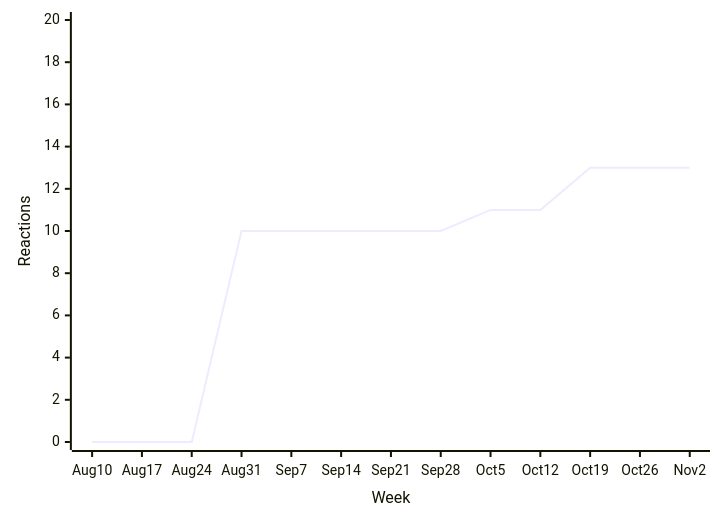
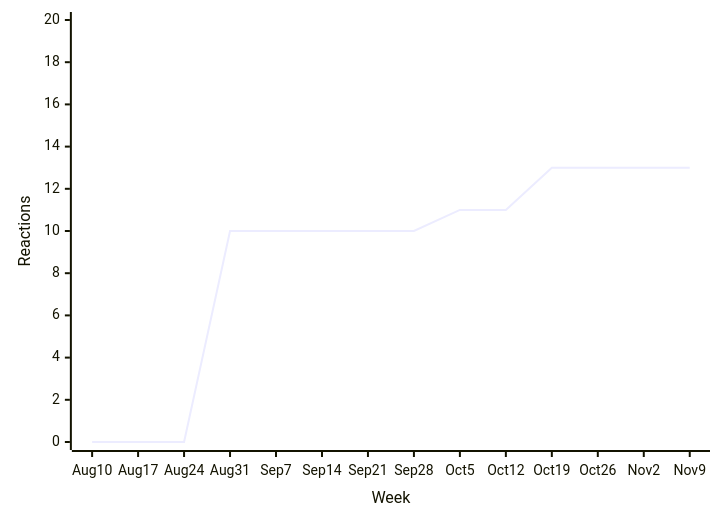
Diagram 12 of 38 in README.md (loic-sharma/github-insights), drawn with Mermaid before and after one commit. The commit also changed other lines of this file and 3 other files, not shown here.

````diff
--- a/README.md
+++ b/README.md
@@ -545,6 +511,6 @@
   ```mermaid
   xychart-beta
-    x-axis "Week" [Aug 10, Aug 17, Aug 24, Aug 31, Sep 7, Sep 14, Sep 21, Sep 28, Oct 5, Oct 12, Oct 19, Oct 26, Nov 2]
+    x-axis "Week" [Aug 10, Aug 17, Aug 24, Aug 31, Sep 7, Sep 14, Sep 21, Sep 28, Oct 5, Oct 12, Oct 19, Oct 26, Nov 2, Nov 9]
     y-axis "Reactions" 0 --> 20
-    line [0, 0, 0, 10, 10, 10, 10, 10, 11, 11, 13, 13, 13]
+    line [0, 0, 0, 10, 10, 10, 10, 10, 11, 11, 13, 13, 13, 13]
   ```
````
